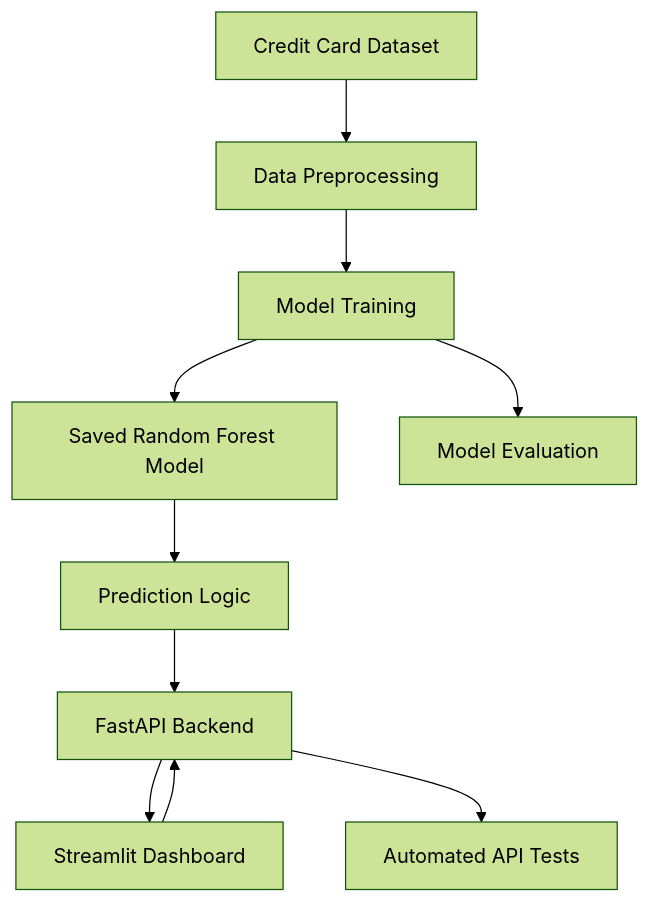
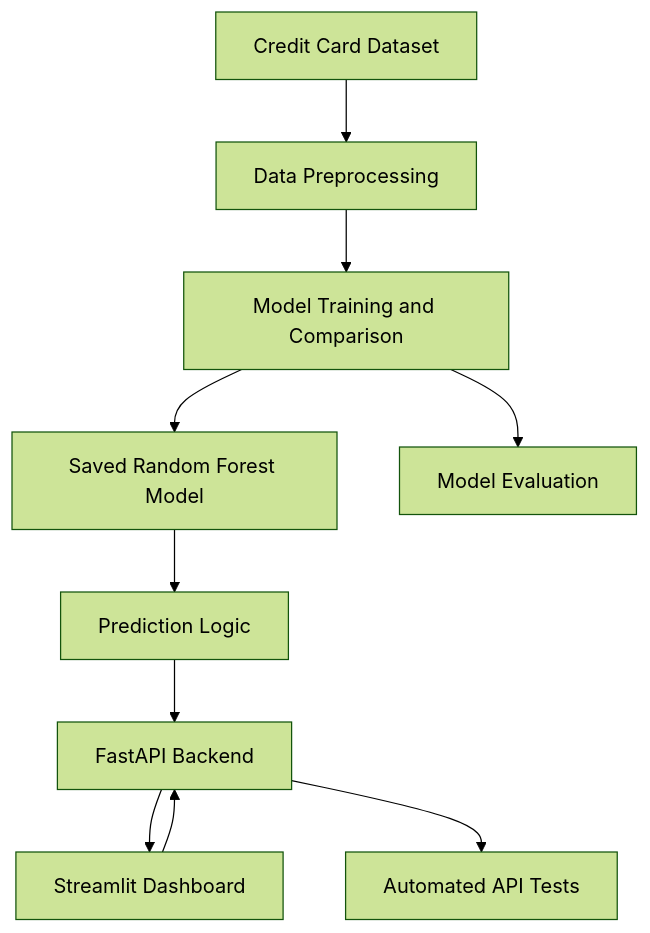
The diagram in README.md (justlivingwith007-tech/AI-Payment-Fraud-Guardian), drawn with Mermaid (forest theme) before and after one commit. The commit also changed other lines of this file, not shown here.

````diff
--- a/README.md
+++ b/README.md
@@ -139,12 +143,12 @@
 ```mermaid
 flowchart TD
     A["Credit Card Dataset"] --> B["Data Preprocessing"]
-    B --> C["Model Training"]
+    B --> C["Model Training and Comparison"]
     C --> D["Saved Random Forest Model"]
     D --> E["Prediction Logic"]
     E --> F["FastAPI Backend"]
     G["Streamlit Dashboard"] --> F
     F --> G
     C --> H["Model Evaluation"]
     F --> I["Automated API Tests"]
 ```
````
